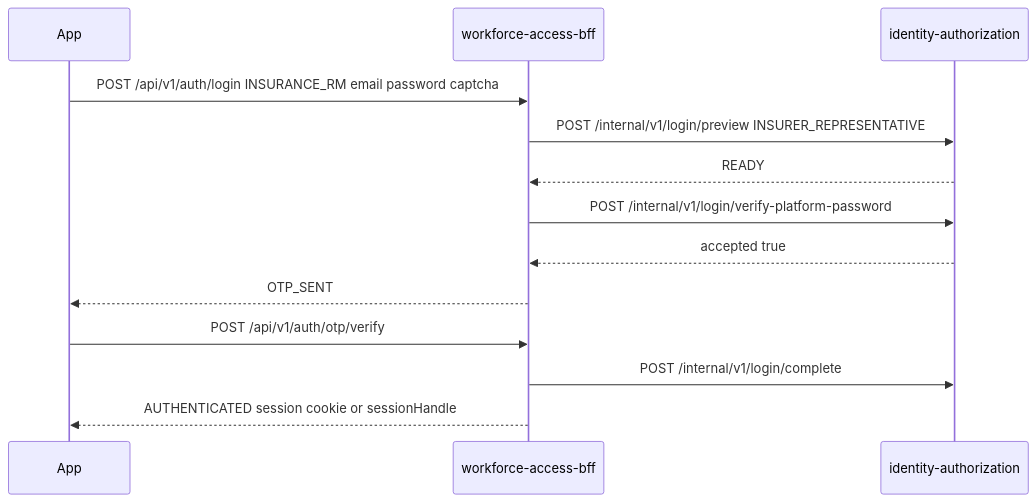
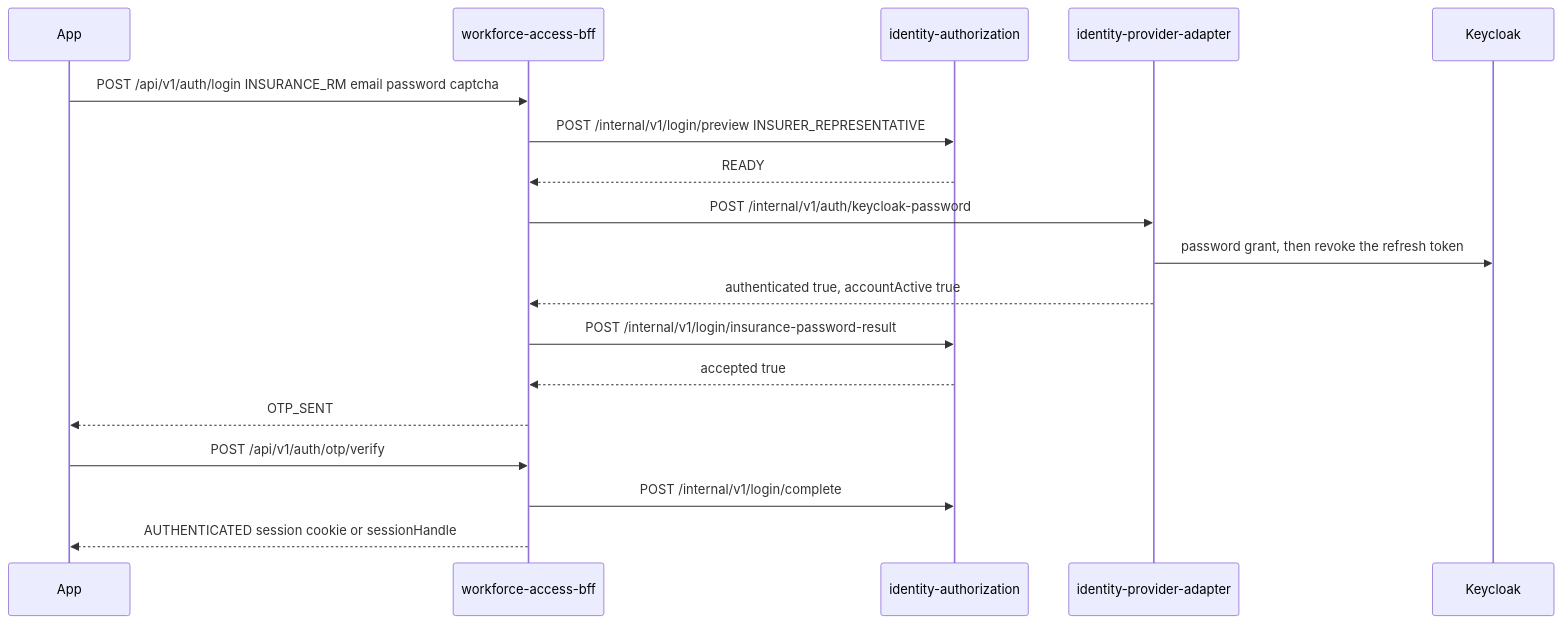
Before and after one commit to Mahesh38/bank-insurance-platform: the fourth of 8 diagrams in docs/journey-execution/flows/LOGIN-BRD-V31-API-FLOWS.md, drawn with Mermaid. The commit also changed other lines of this file and 26 other files, not shown here.

First line of the commit message:
Route insurance login passwords through Keycloak.

````diff
--- a/docs/journey-execution/flows/LOGIN-BRD-V31-API-FLOWS.md
+++ b/docs/journey-execution/flows/LOGIN-BRD-V31-API-FLOWS.md
@@ -172,15 +172,20 @@
 ```mermaid
 sequenceDiagram
   participant App
   participant BFF as workforce-access-bff
   participant Authz as identity-authorization
+  participant Adp as identity-provider-adapter
+  participant KC as Keycloak
   App->>BFF: POST /api/v1/auth/login INSURANCE_RM email password captcha
   BFF->>Authz: POST /internal/v1/login/preview INSURER_REPRESENTATIVE
   Authz-->>BFF: READY
-  BFF->>Authz: POST /internal/v1/login/verify-platform-password
+  BFF->>Adp: POST /internal/v1/auth/keycloak-password
+  Adp->>KC: password grant, then revoke the refresh token
+  Adp-->>BFF: authenticated true, accountActive true
+  BFF->>Authz: POST /internal/v1/login/insurance-password-result
   Authz-->>BFF: accepted true
   BFF-->>App: OTP_SENT
   App->>BFF: POST /api/v1/auth/otp/verify
   BFF->>Authz: POST /internal/v1/login/complete
   BFF-->>App: AUTHENTICATED session cookie or sessionHandle
 ```
````
